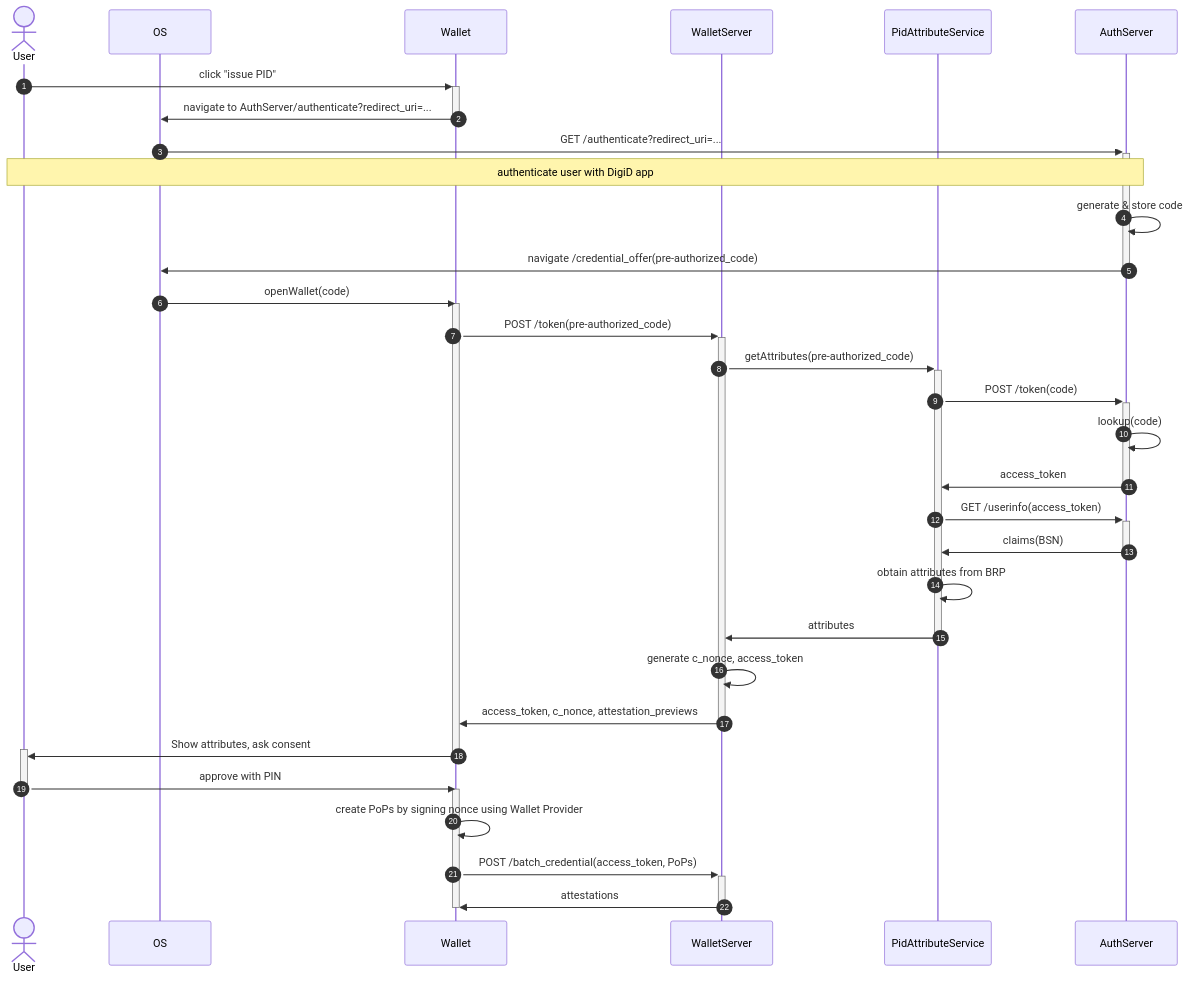
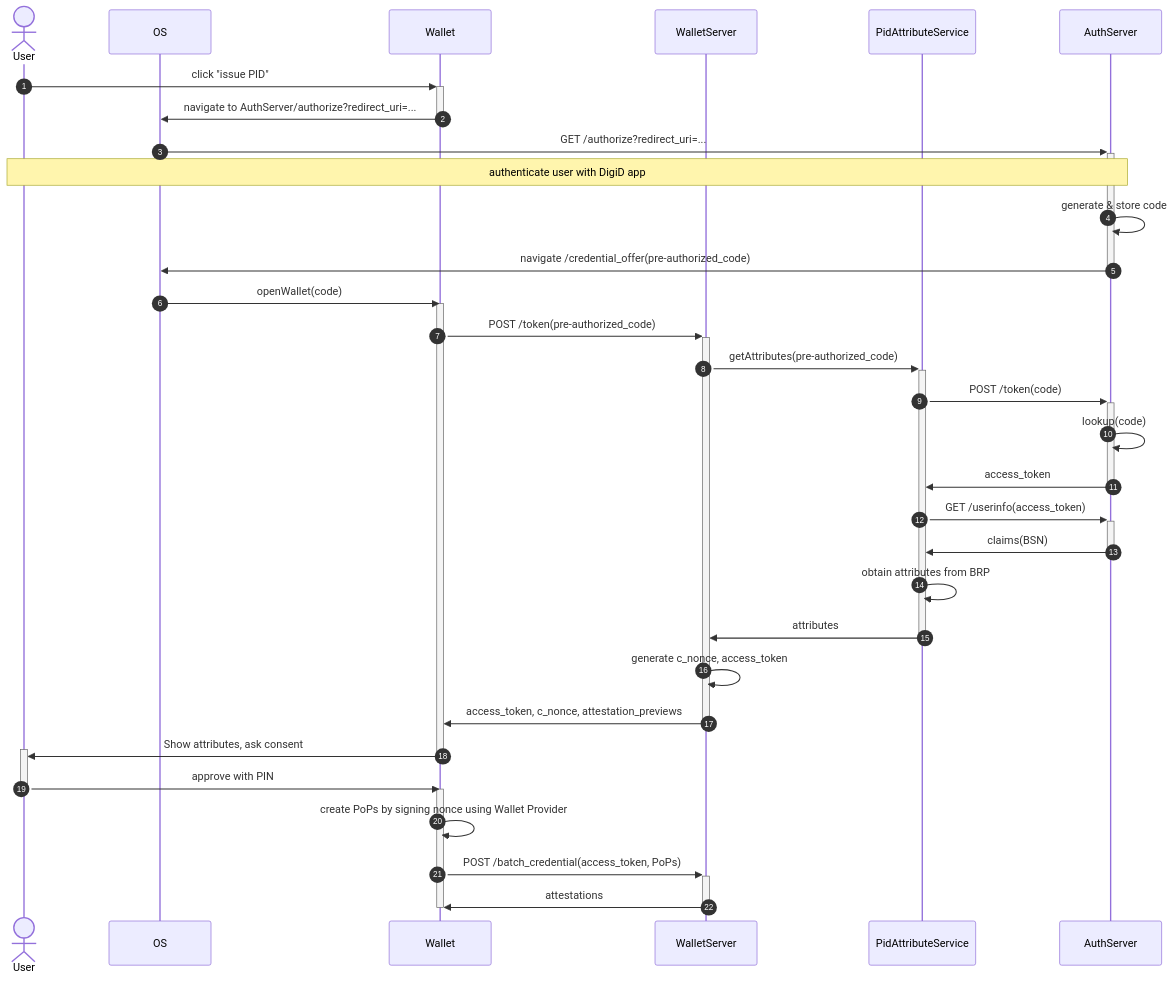
The first of 2 diagrams in documentation/flows/openid.md (MinBZK/nl-wallet), drawn with Mermaid before and after one commit. The commit also changed 1 other file, not shown here.

Commit message:
Fix wrong openid endpoint in openid documentation

````diff
--- a/documentation/flows/openid.md
+++ b/documentation/flows/openid.md
@@ -16,39 +16,39 @@
 ```mermaid
 sequenceDiagram
     autonumber
 
     actor User
     participant OS
     participant Wallet
     participant WalletServer
     participant PidAttributeService
     participant AuthServer
 
     User->>+Wallet: click "issue PID"
-    Wallet->>-OS: navigate to AuthServer/authenticate?redirect_uri=...
-    OS->>+AuthServer: GET /authenticate?redirect_uri=...
+    Wallet->>-OS: navigate to AuthServer/authorize?redirect_uri=...
+    OS->>+AuthServer: GET /authorize?redirect_uri=...
     note over User, AuthServer: authenticate user with DigiD app
     AuthServer->>AuthServer: generate & store code
     AuthServer->>-OS: navigate /credential_offer(pre-authorized_code)
     OS->>Wallet: openWallet(code)
     activate Wallet
         Wallet->>+WalletServer: POST /token(pre-authorized_code)
         WalletServer->>+PidAttributeService: getAttributes(pre-authorized_code)
         PidAttributeService->>+AuthServer: POST /token(code)
         AuthServer->>AuthServer: lookup(code)
         AuthServer->>-PidAttributeService: access_token
         PidAttributeService->>+AuthServer: GET /userinfo(access_token)
         AuthServer->>-PidAttributeService: claims(BSN)
         PidAttributeService->>PidAttributeService: obtain attributes from BRP
         PidAttributeService->>-WalletServer: attributes
         WalletServer->>WalletServer: generate c_nonce, access_token
         WalletServer->>-Wallet: access_token, c_nonce, attestation_previews
         Wallet->>+User: Show attributes, ask consent
     deactivate Wallet
     User->>-Wallet: approve with PIN
     activate Wallet
         Wallet->>Wallet: create PoPs by signing nonce using Wallet Provider
     Wallet->>+WalletServer: POST /batch_credential(access_token, PoPs)
     WalletServer->>-Wallet: attestations
     deactivate Wallet
 ```
````
